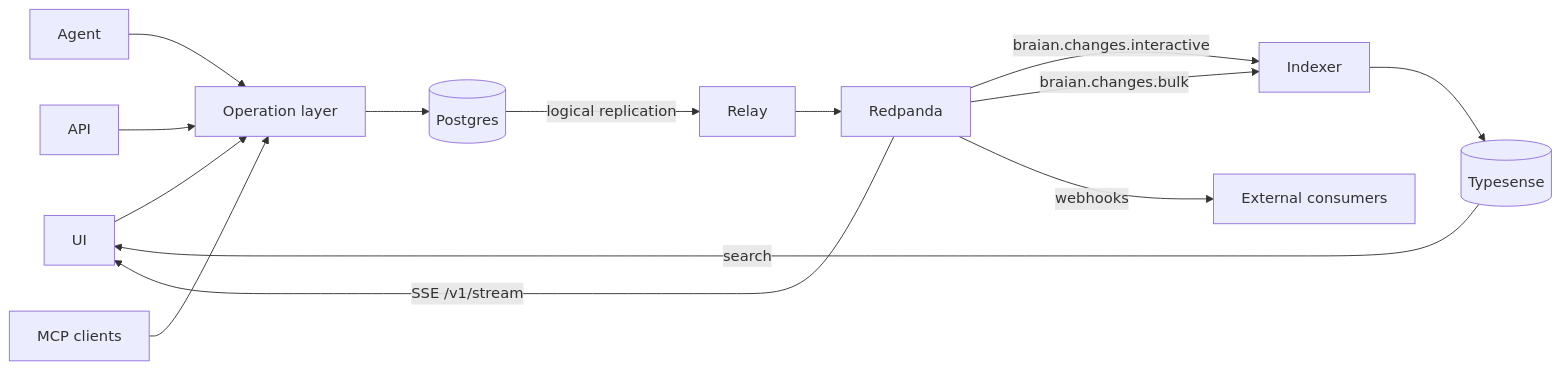
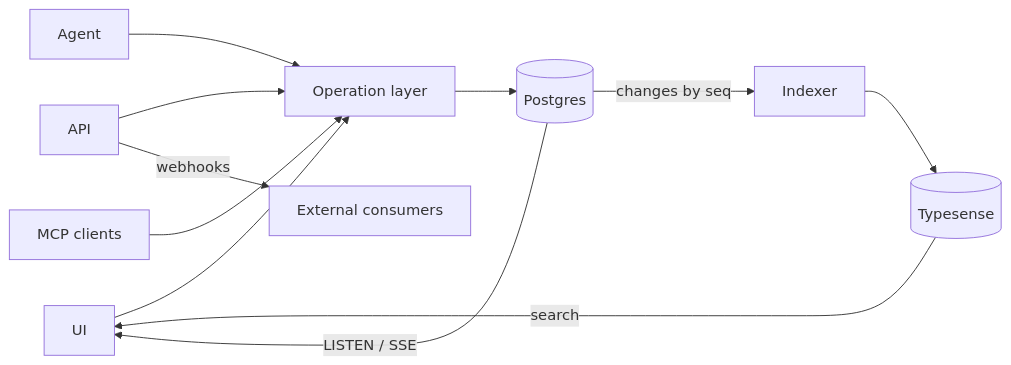
One commit to GlennSvanberg/braian changed the diagram in README.md. Above: the diagram before and after it, drawn with Mermaid. The commit also changed other lines of this file and 54 other files, not shown here.

````diff
--- a/README.md
+++ b/README.md
@@ -38,28 +38,23 @@
 ```mermaid
 flowchart LR
   UI[UI]
   Agent[Agent]
   API[API]
   MCP[MCP clients]
   OP[Operation layer]
   PG[(Postgres)]
-  Relay[Relay]
-  RP[Redpanda]
   IDX[Indexer]
   TS[(Typesense)]
   EXT[External consumers]
 
   UI --> OP
   Agent --> OP
   API --> OP
   MCP --> OP
   OP --> PG
-  PG -->|"logical replication"| Relay
-  Relay --> RP
-  RP -->|"braian.changes.interactive"| IDX
-  RP -->|"braian.changes.bulk"| IDX
+  PG -->|"changes by seq"| IDX
   IDX --> TS
   TS -->|search| UI
-  RP -->|"SSE /v1/stream"| UI
-  RP -->|webhooks| EXT
+  PG -->|"LISTEN / SSE"| UI
+  API -->|webhooks| EXT
 ```
````
